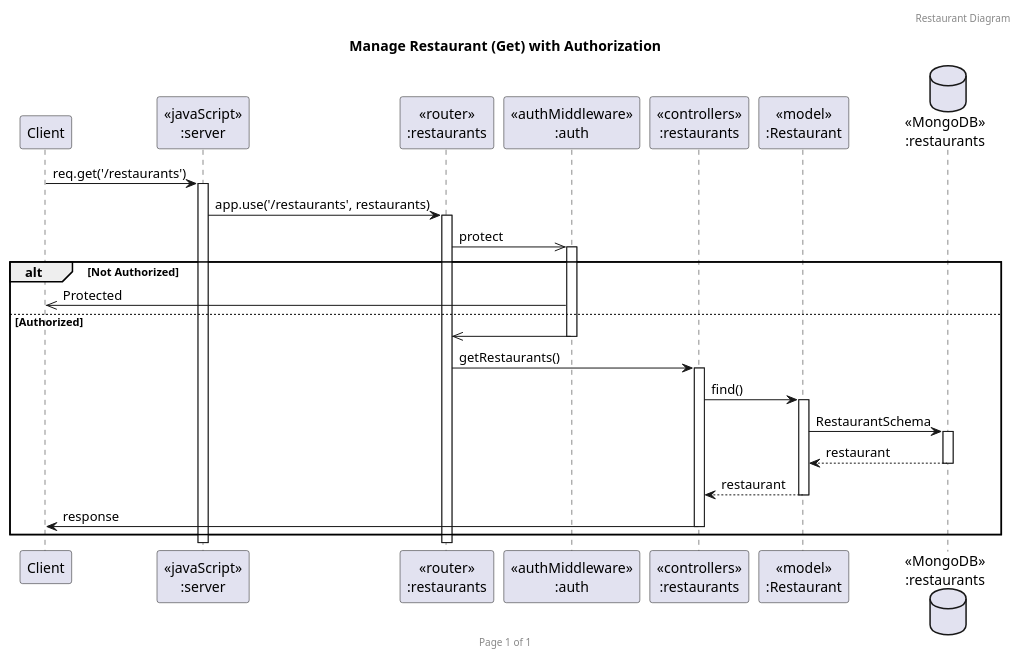
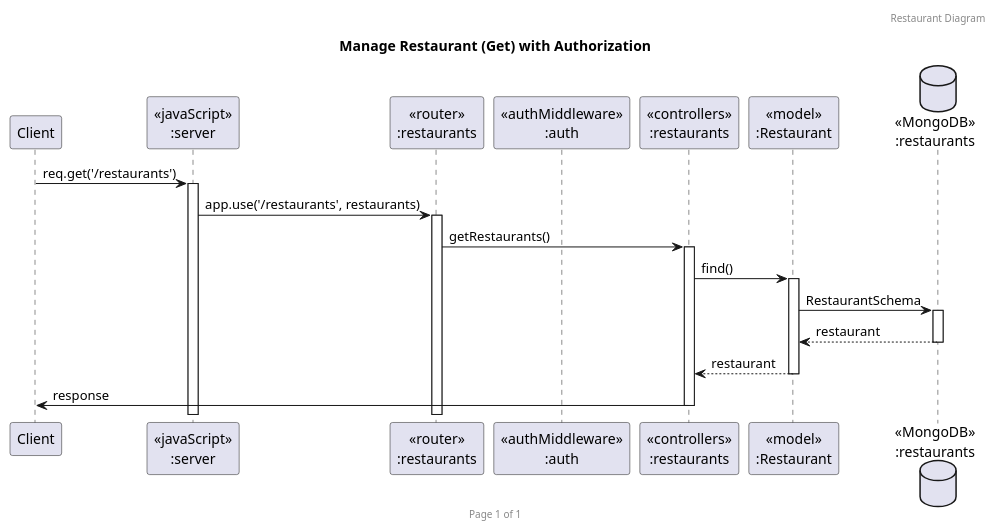
One commit to punchanabu/redrice-backend-express changed the diagram in docs/sequence/restaurant/restaurant(getall).puml. Above: the diagram before and after it, drawn with PlantUML. The commit also changed 6 other files, not shown here.

```diff
--- a/docs/sequence/restaurant/restaurant(getall).puml
+++ b/docs/sequence/restaurant/restaurant(getall).puml
@@ -1,32 +1,25 @@
 @startuml
 header Restaurant Diagram
 footer Page %page% of %lastpage%
 title "Manage Restaurant (Get) with Authorization"
 
 participant "Client" as client
 participant "<<javaScript>>\n:server" as server
 participant "<<router>>\n:restaurants" as routerRestaurants
 participant "<<authMiddleware>>\n:auth" as authMiddleware
 participant "<<controllers>>\n:restaurants" as controllersRestaurants
 participant "<<model>>\n:Restaurant" as modelRestaurant
 database "<<MongoDB>>\n:restaurants" as RestaurantsDatabase
 
 client->server ++:req.get('/restaurants')
 server->routerRestaurants ++:app.use('/restaurants', restaurants)
-routerRestaurants->>authMiddleware ++:protect
-
-alt Not Authorized
-    authMiddleware->>client :Protected
-else Authorized
-    authMiddleware->>routerRestaurants -- :
-    routerRestaurants->controllersRestaurants ++:getRestaurants()
-    controllersRestaurants->modelRestaurant ++:find()
-    modelRestaurant ->RestaurantsDatabase ++: RestaurantSchema
-    RestaurantsDatabase --> modelRestaurant --: restaurant
-    controllersRestaurants <-- modelRestaurant --: restaurant
-    controllersRestaurants->client --:response
-end
+routerRestaurants->controllersRestaurants ++:getRestaurants()
+controllersRestaurants->modelRestaurant ++:find()
+modelRestaurant ->RestaurantsDatabase ++: RestaurantSchema
+RestaurantsDatabase --> modelRestaurant --: restaurant
+controllersRestaurants <-- modelRestaurant --: restaurant
+controllersRestaurants->client --:response
 
 
 
 @enduml
```
